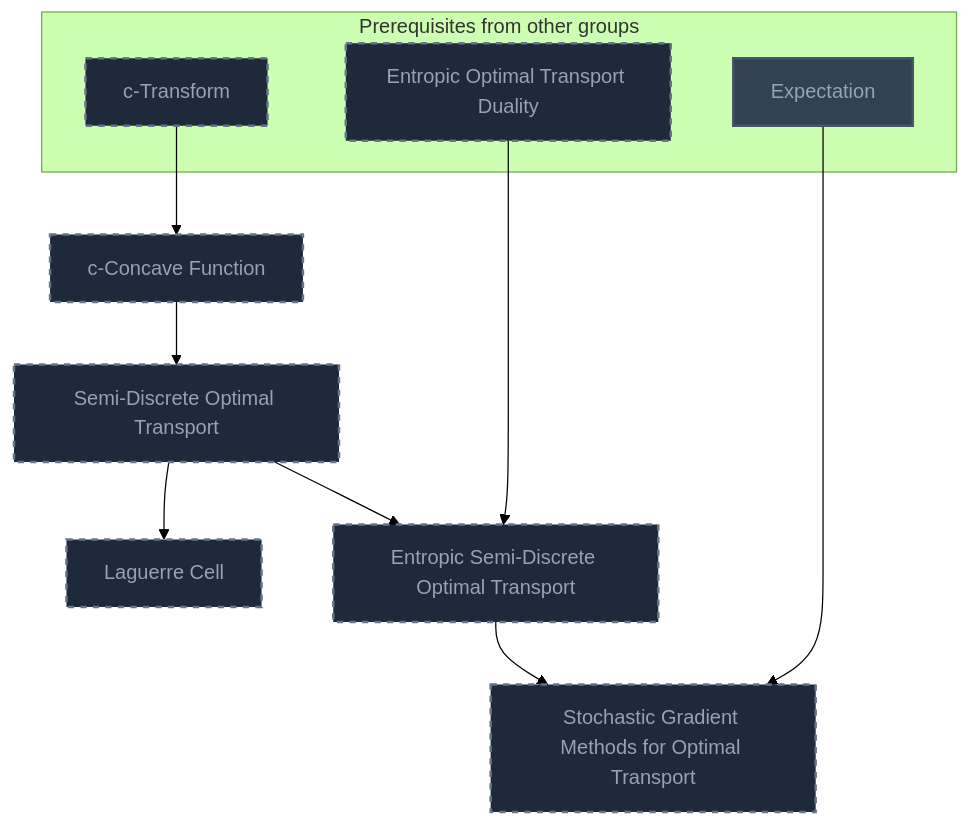
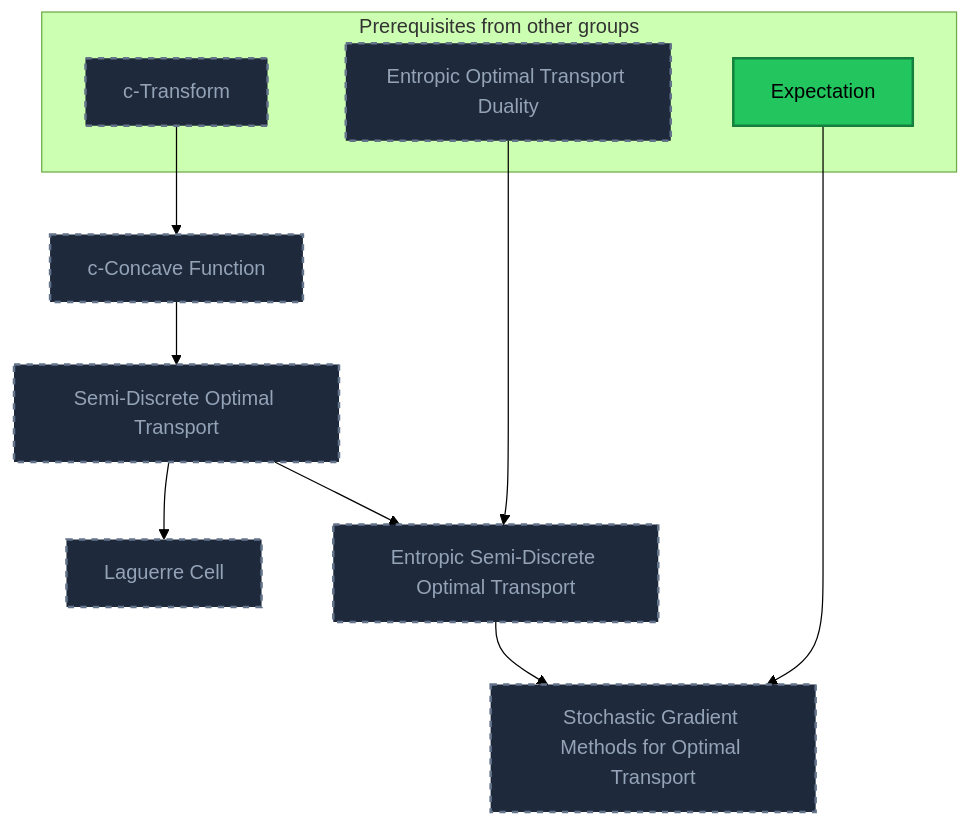
Before and after one commit to MRauf1/My-Notes: the fourth of 9 diagrams in Gamification/Skill Trees/Optimal Transport.md, drawn with Mermaid (forest theme). The commit also changed other lines of this file and 145 other files, not shown here.

````diff
--- a/Gamification/Skill Trees/Optimal Transport.md
+++ b/Gamification/Skill Trees/Optimal Transport.md
@@ -198,32 +203,32 @@
 ```mermaid
 flowchart TD
     classDef planned fill:#1E293B,stroke:#64748B,stroke-width:2px,stroke-dasharray:5 5,color:#94A3B8;
     classDef locked fill:#334155,stroke:#475569,stroke-width:2px,color:#94A3B8;
     classDef L0 fill:#F1F5F9,stroke:#94A3B8,stroke-width:2px,color:#000000;
     classDef L1 fill:#22C55E,stroke:#15803D,stroke-width:2px,color:#000000;
     classDef L2 fill:#3B82F6,stroke:#1D4ED8,stroke-width:3px,color:#FFFFFF;
     classDef L3 fill:#A855F7,stroke:#6B21A8,stroke-width:3px,color:#FFFFFF,font-weight:bold;
     classDef L4 fill:#F97316,stroke:#C2410C,stroke-width:4px,color:#000000,font-weight:bold;
     classDef L5 fill:#FFD700,stroke:#FF8C00,stroke-width:5px,color:#000000,font-weight:bold;
     classDef rusty stroke:#8B4513,stroke-width:4px,stroke-dasharray:3 3;
     subgraph sg_prereqs["Prerequisites from other groups"]
         n_c_transform["c-Transform"]
         n_entropic_optimal_transport_duality["Entropic Optimal Transport Duality"]
         n_expectation["Expectation"]
     end
     n_c_concave_function["c-Concave Function"]
     n_semi_discrete_optimal_transport["Semi-Discrete Optimal Transport"]
     n_laguerre_cell["Laguerre Cell"]
     n_entropic_semi_discrete_optimal_transport["Entropic Semi-Discrete Optimal Transport"]
     n_stochastic_gradient_methods_for_optimal_transport["Stochastic Gradient Methods for Optimal Transport"]
     n_c_transform --> n_c_concave_function
     n_c_concave_function --> n_semi_discrete_optimal_transport
     n_semi_discrete_optimal_transport --> n_laguerre_cell
     n_entropic_optimal_transport_duality --> n_entropic_semi_discrete_optimal_transport
     n_semi_discrete_optimal_transport --> n_entropic_semi_discrete_optimal_transport
     n_expectation --> n_stochastic_gradient_methods_for_optimal_transport
     n_entropic_semi_discrete_optimal_transport --> n_stochastic_gradient_methods_for_optimal_transport
     class n_c_transform,n_entropic_optimal_transport_duality,n_c_concave_function,n_semi_discrete_optimal_transport,n_laguerre_cell,n_entropic_semi_discrete_optimal_transport,n_stochastic_gradient_methods_for_optimal_transport planned;
-    class n_expectation locked;
+    class n_expectation L1;
     class n_expectation internal-link;
 ```
````
